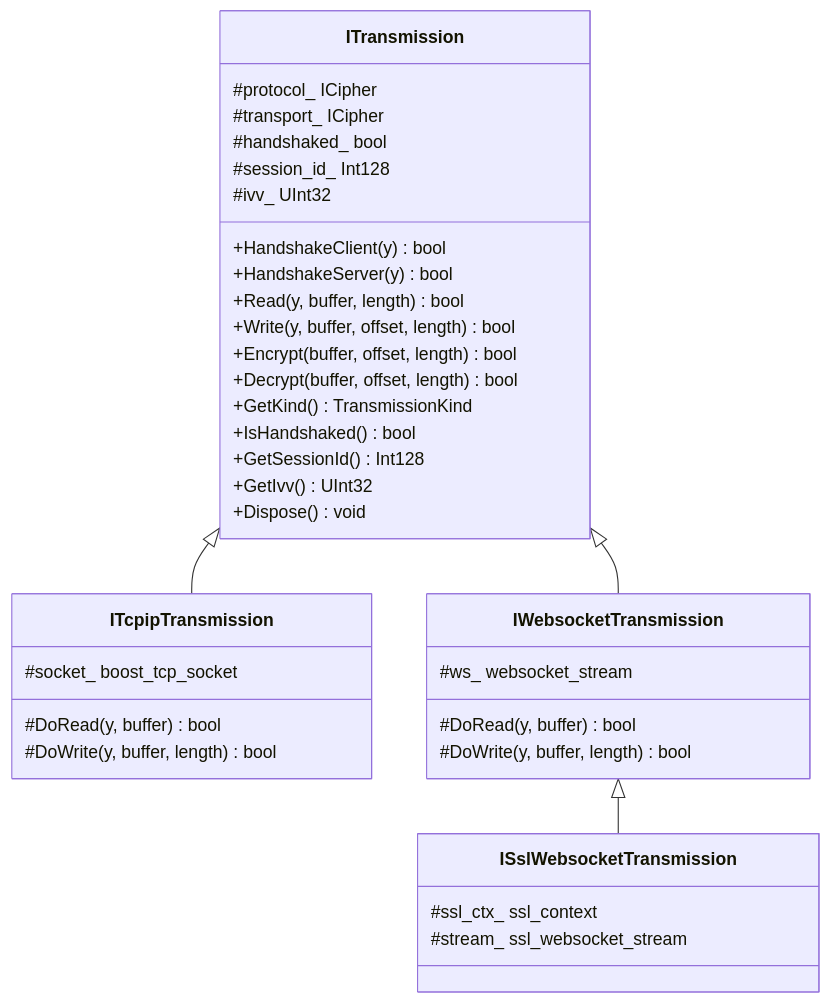
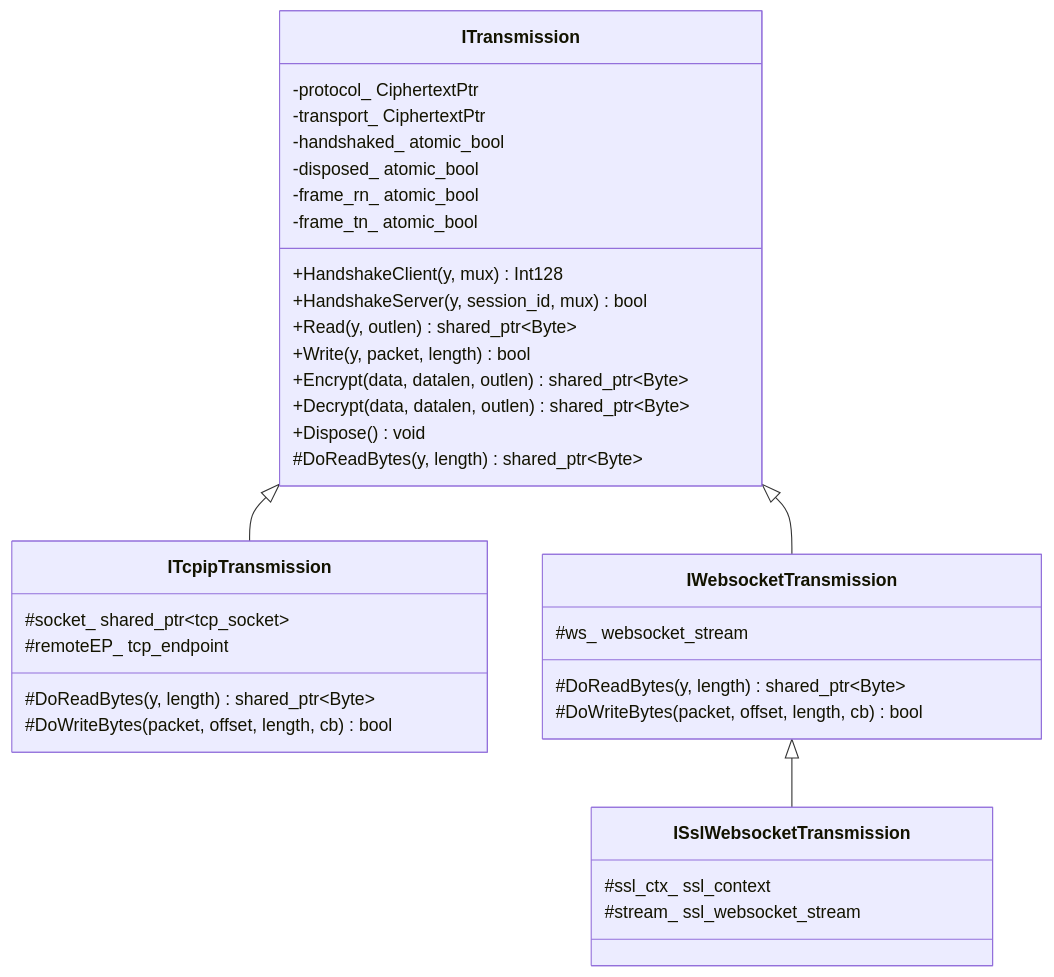
Before and after one commit to HyacinthHaru/openppp2: the second of 10 diagrams in docs/TRANSMISSION_CN.md, drawn with Mermaid. The commit also changed other lines of this file and 80 other files, not shown here.

````diff
--- a/docs/TRANSMISSION_CN.md
+++ b/docs/TRANSMISSION_CN.md
@@ -63,38 +63,37 @@
 ```mermaid
 classDiagram
     class ITransmission {
-        +HandshakeClient(y) bool
-        +HandshakeServer(y) bool
-        +Read(y, buffer, length) bool
-        +Write(y, buffer, offset, length) bool
-        +Encrypt(buffer, offset, length) bool
-        +Decrypt(buffer, offset, length) bool
-        +GetKind() TransmissionKind
-        +IsHandshaked() bool
-        +GetSessionId() Int128
-        +GetIvv() UInt32
+        +HandshakeClient(y, mux) Int128
+        +HandshakeServer(y, session_id, mux) bool
+        +Read(y, outlen) shared_ptr~Byte~
+        +Write(y, packet, length) bool
+        +Encrypt(data, datalen, outlen) shared_ptr~Byte~
+        +Decrypt(data, datalen, outlen) shared_ptr~Byte~
         +Dispose() void
-        #protocol_ ICipher
-        #transport_ ICipher
-        #handshaked_ bool
-        #session_id_ Int128
-        #ivv_ UInt32
+        #DoReadBytes(y, length) shared_ptr~Byte~
+        -protocol_  CiphertextPtr
+        -transport_ CiphertextPtr
+        -handshaked_ atomic_bool
+        -disposed_  atomic_bool
+        -frame_rn_  atomic_bool
+        -frame_tn_  atomic_bool
     }
     class ITcpipTransmission {
-        #socket_ boost_tcp_socket
-        #DoRead(y, buffer) bool
-        #DoWrite(y, buffer, length) bool
+        #socket_ shared_ptr~tcp_socket~
+        #remoteEP_ tcp_endpoint
+        #DoReadBytes(y, length) shared_ptr~Byte~
+        #DoWriteBytes(packet, offset, length, cb) bool
     }
     class IWebsocketTransmission {
         #ws_ websocket_stream
-        #DoRead(y, buffer) bool
-        #DoWrite(y, buffer, length) bool
+        #DoReadBytes(y, length) shared_ptr~Byte~
+        #DoWriteBytes(packet, offset, length, cb) bool
     }
     class ISslWebsocketTransmission {
         #ssl_ctx_ ssl_context
         #stream_ ssl_websocket_stream
     }
     ITransmission <|-- ITcpipTransmission
     ITransmission <|-- IWebsocketTransmission
     IWebsocketTransmission <|-- ISslWebsocketTransmission
 ```
````
